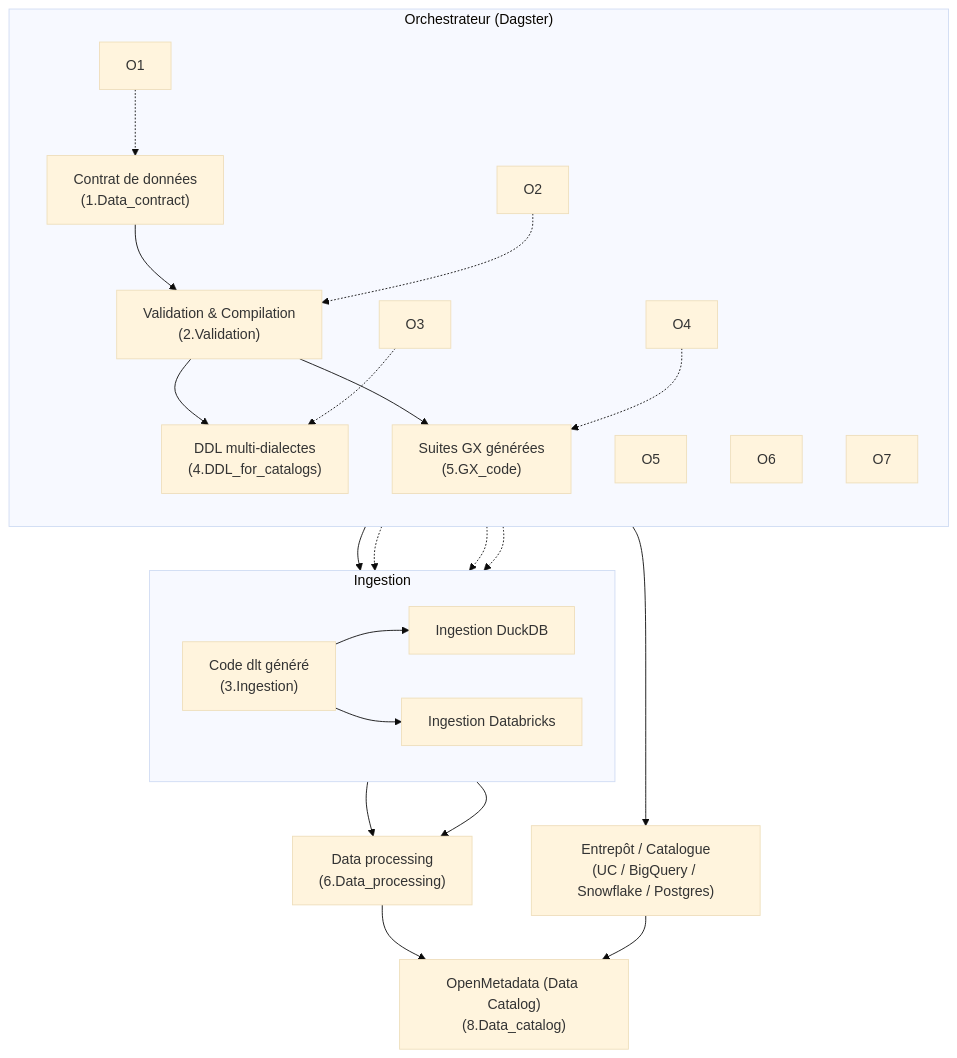
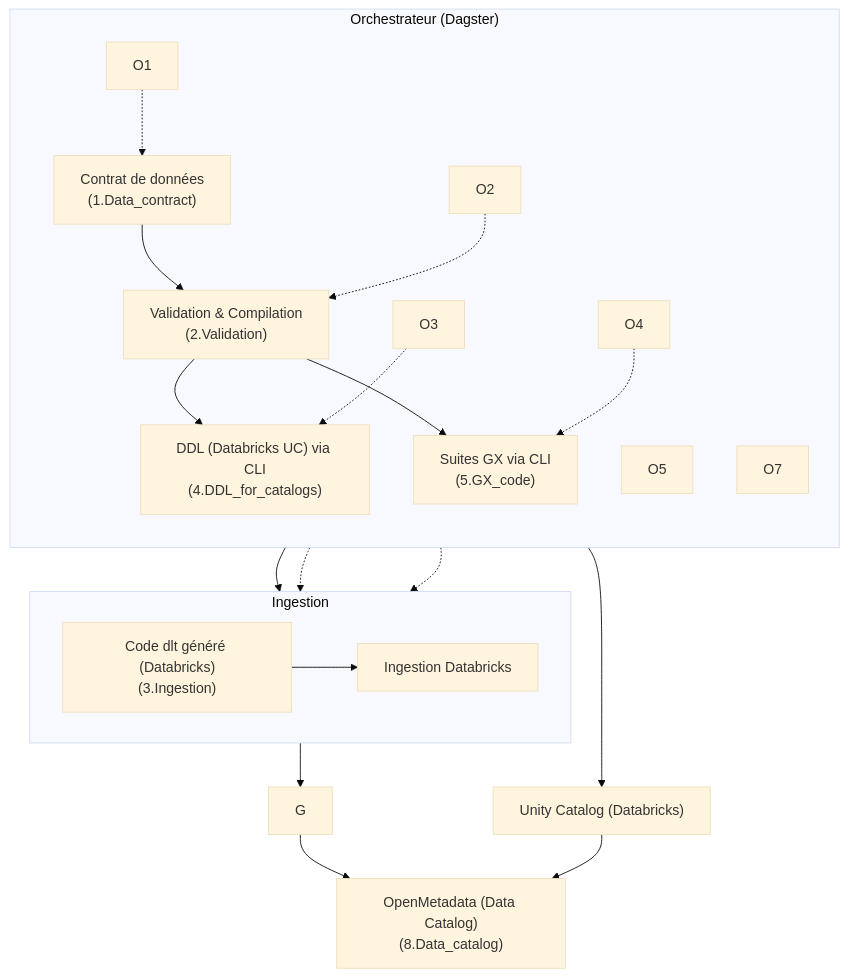
The diagram in README.md (YannBrrd/awesome-pipeline), drawn with Mermaid (base theme) before and after one commit. The commit also changed other lines of this file and 9 other files, not shown here.

````diff
--- a/README.md
+++ b/README.md
@@ -58,32 +87,29 @@
 ```mermaid
 flowchart TD
   A["Contrat de données<br/>(1.Data_contract)"] --> B["Validation & Compilation<br/>(2.Validation)"]
 
-  B --> C["DDL multi-dialectes<br/>(4.DDL_for_catalogs)"]
-  B --> D["Suites GX générées<br/>(5.GX_code)"]
-  B --> E["Code dlt généré<br/>(3.Ingestion)"]
+  B --> C["DDL (Databricks UC) via CLI<br/>(4.DDL_for_catalogs)"]
+  B --> D["Suites GX via CLI<br/>(5.GX_code)"]
+  B --> E["Code dlt généré (Databricks)<br/>(3.Ingestion)"]
 
   subgraph ING[Ingestion]
     direction LR
-    E --> F1["Ingestion DuckDB"]
     E --> F2["Ingestion Databricks"]
   end
 
-  F1 --> G["Data processing<br/>(6.Data_processing)"]
   F2 --> G
 
-  C --> H["Entrepôt / Catalogue<br/>(UC / BigQuery / Snowflake / Postgres)"]
+  C --> H["Unity Catalog (Databricks)"]
   G --> I["OpenMetadata (Data Catalog)<br/>(8.Data_catalog)"]
   H --> I
 
   subgraph ORCH["Orchestrateur (Dagster)"]
     direction TB
     O1 -.-> A
     O2 -.-> B
     O3 -.-> C
     O4 -.-> D
     O5 -.-> E
-    O6 -.-> F1
     O7 -.-> F2
   end
 ```
````
